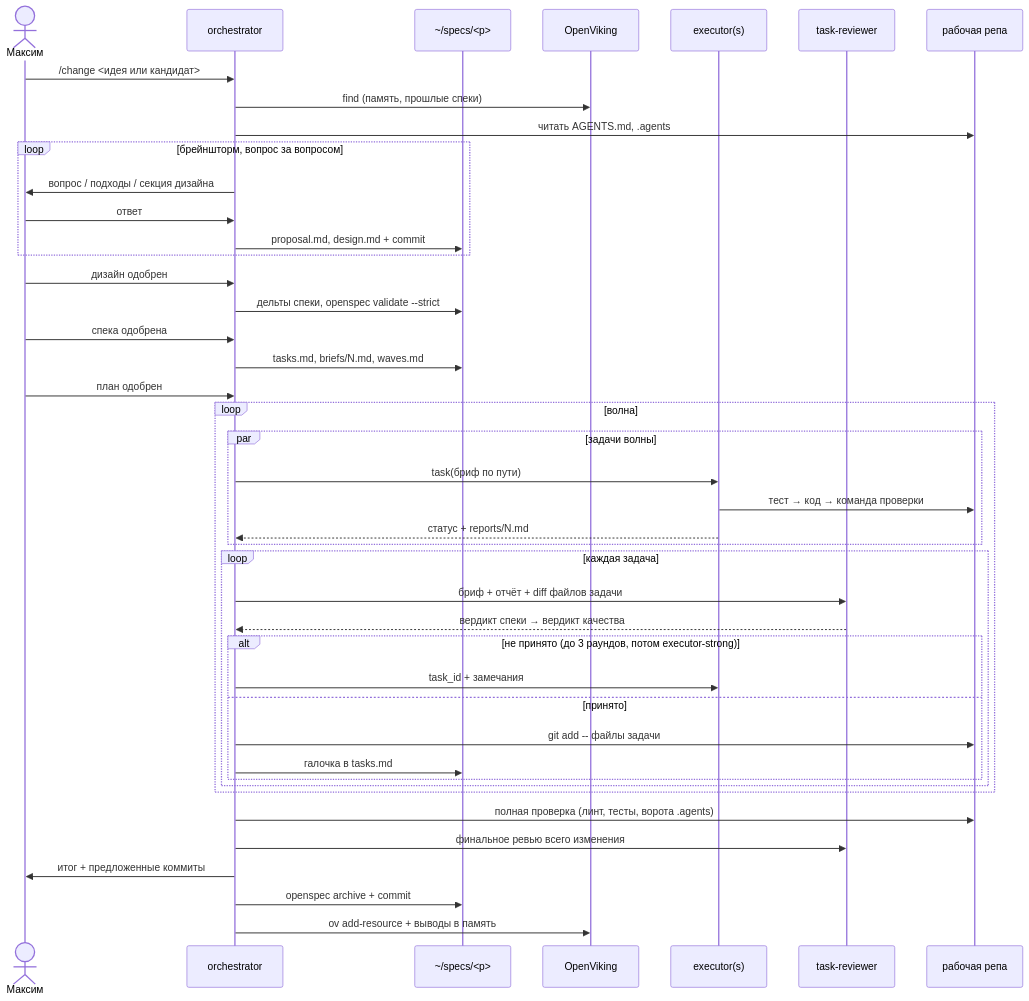
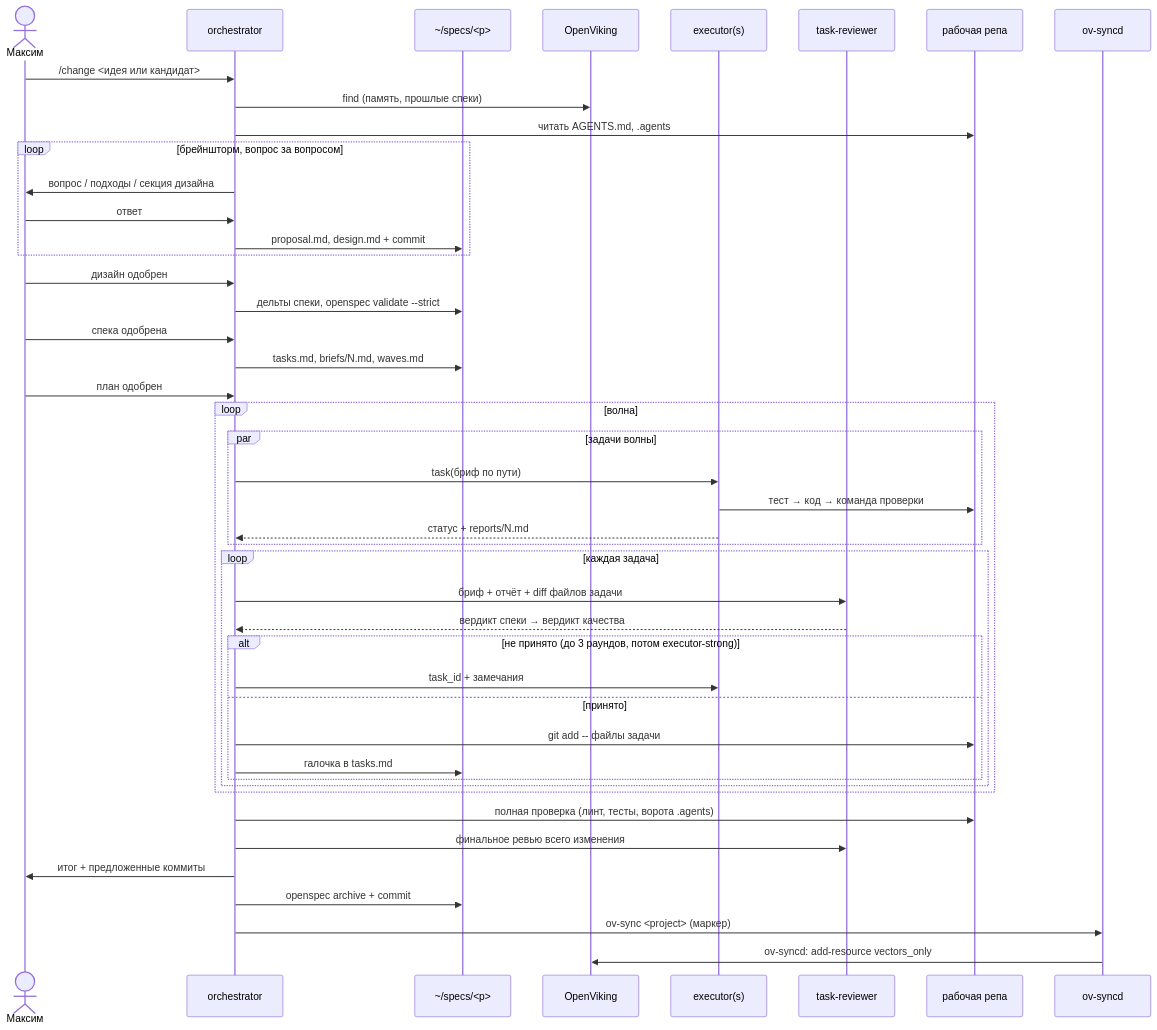
The second of 2 diagrams in docs/ARCHITECTURE.md (maximk777/opencode-config), drawn with Mermaid before and after one commit. The commit also changed other lines of this file, not shown here.

Commit message:
docs(architecture): describe the memory sync worker

````diff
--- a/docs/ARCHITECTURE.md
+++ b/docs/ARCHITECTURE.md
@@ -132,45 +132,47 @@
 ```mermaid
 sequenceDiagram
   actor M as Максим
   participant O as orchestrator
   participant F as ~/specs/<p>
   participant V as OpenViking
   participant E as executor(s)
   participant R as task-reviewer
   participant W as рабочая репа
+  participant S as ov-syncd
   M->>O: /change <идея или кандидат>
   O->>V: find (память, прошлые спеки)
   O->>W: читать AGENTS.md, .agents
   loop брейншторм, вопрос за вопросом
     O->>M: вопрос / подходы / секция дизайна
     M->>O: ответ
     O->>F: proposal.md, design.md + commit
   end
   M->>O: дизайн одобрен
   O->>F: дельты спеки, openspec validate --strict
   M->>O: спека одобрена
   O->>F: tasks.md, briefs/N.md, waves.md
   M->>O: план одобрен
   loop волна
     par задачи волны
       O->>E: task(бриф по пути)
       E->>W: тест → код → команда проверки
       E-->>O: статус + reports/N.md
     end
     loop каждая задача
       O->>R: бриф + отчёт + diff файлов задачи
       R-->>O: вердикт спеки → вердикт качества
       alt не принято (до 3 раундов, потом executor-strong)
         O->>E: task_id + замечания
       else принято
         O->>W: git add -- файлы задачи
         O->>F: галочка в tasks.md
       end
     end
   end
   O->>W: полная проверка (линт, тесты, ворота .agents)
   O->>R: финальное ревью всего изменения
   O->>M: итог + предложенные коммиты
   O->>F: openspec archive + commit
-  O->>V: ov add-resource + выводы в память
+  O->>S: ov-sync <project> (маркер)
+  S->>V: ov-syncd: add-resource vectors_only
 ```
````
